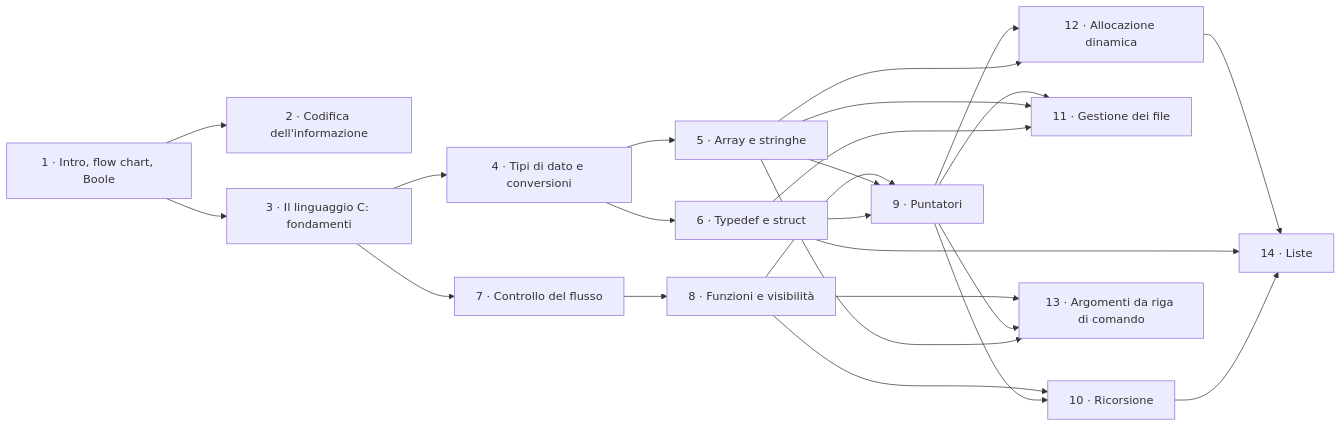
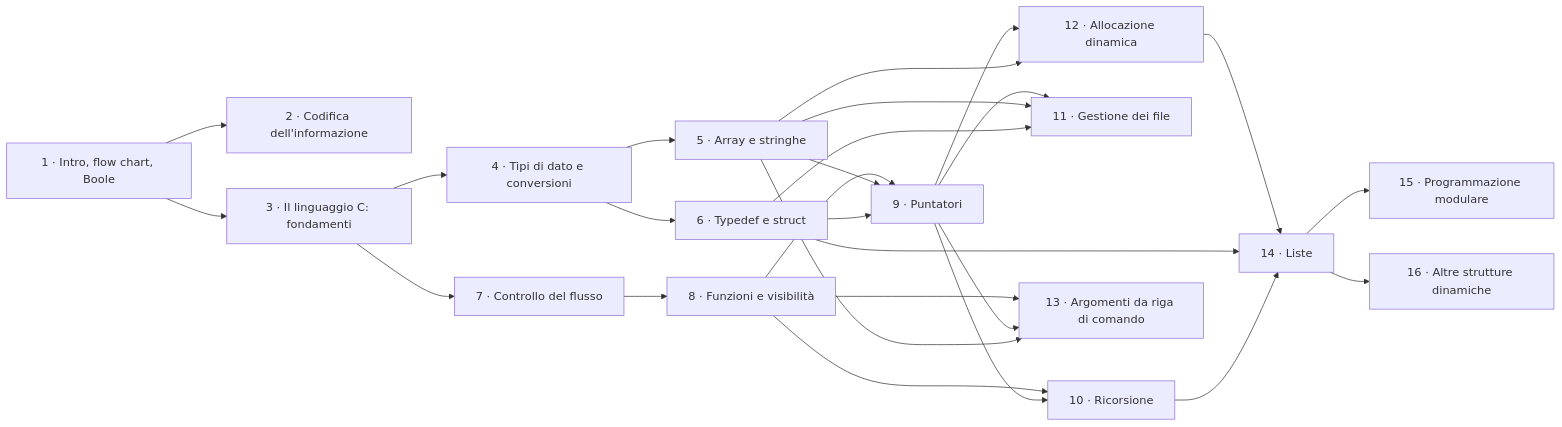
Before and after one commit to rikytomasoni-pixel/Studio: the diagram in 2026-2027/30_Fondamenti_Informatica/00_MOC_FdI.md, drawn with Mermaid. The commit also changed other lines of this file and 39 other files, not shown here.

````diff
--- a/2026-2027/30_Fondamenti_Informatica/00_MOC_FdI.md
+++ b/2026-2027/30_Fondamenti_Informatica/00_MOC_FdI.md
@@ -55,31 +55,33 @@
 ```mermaid
 flowchart LR
     C1["1 · Intro, flow chart, Boole"] --> C2["2 · Codifica dell'informazione"]
     C1 --> C3["3 · Il linguaggio C: fondamenti"]
     C3 --> C4["4 · Tipi di dato e conversioni"]
     C4 --> C5["5 · Array e stringhe"]
     C4 --> C6["6 · Typedef e struct"]
     C3 --> C7["7 · Controllo del flusso"]
     C7 --> C8["8 · Funzioni e visibilità"]
     C8 --> C9["9 · Puntatori"]
     C5 --> C9
     C6 --> C9
     C8 --> C10["10 · Ricorsione"]
     C9 --> C10
     C9 --> C11["11 · Gestione dei file"]
     C5 --> C11
     C6 --> C11
     C9 --> C12["12 · Allocazione dinamica"]
     C5 --> C12
     C8 --> C13["13 · Argomenti da riga di comando"]
     C9 --> C13
     C5 --> C13
     C12 --> C14["14 · Liste"]
     C6 --> C14
     C10 --> C14
+    C14 --> C15["15 · Programmazione modulare"]
+    C14 --> C16["16 · Altre strutture dinamiche"]
 
     classDef fatto fill:#c8e6c9,stroke:#2e7d32,color:#000
     classDef corso fill:#fff3cd,stroke:#b8860b,color:#000
     %% class C1,C2 fatto
     %% class C3 corso
 ```
````
